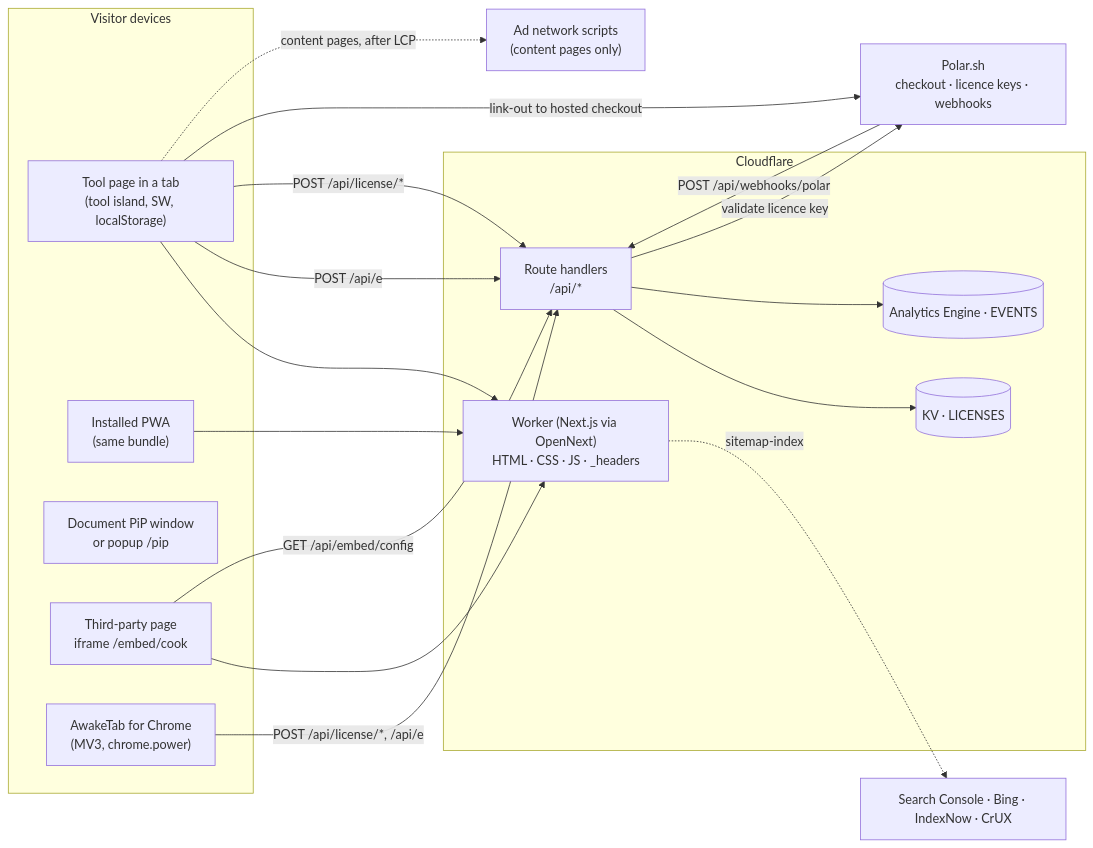
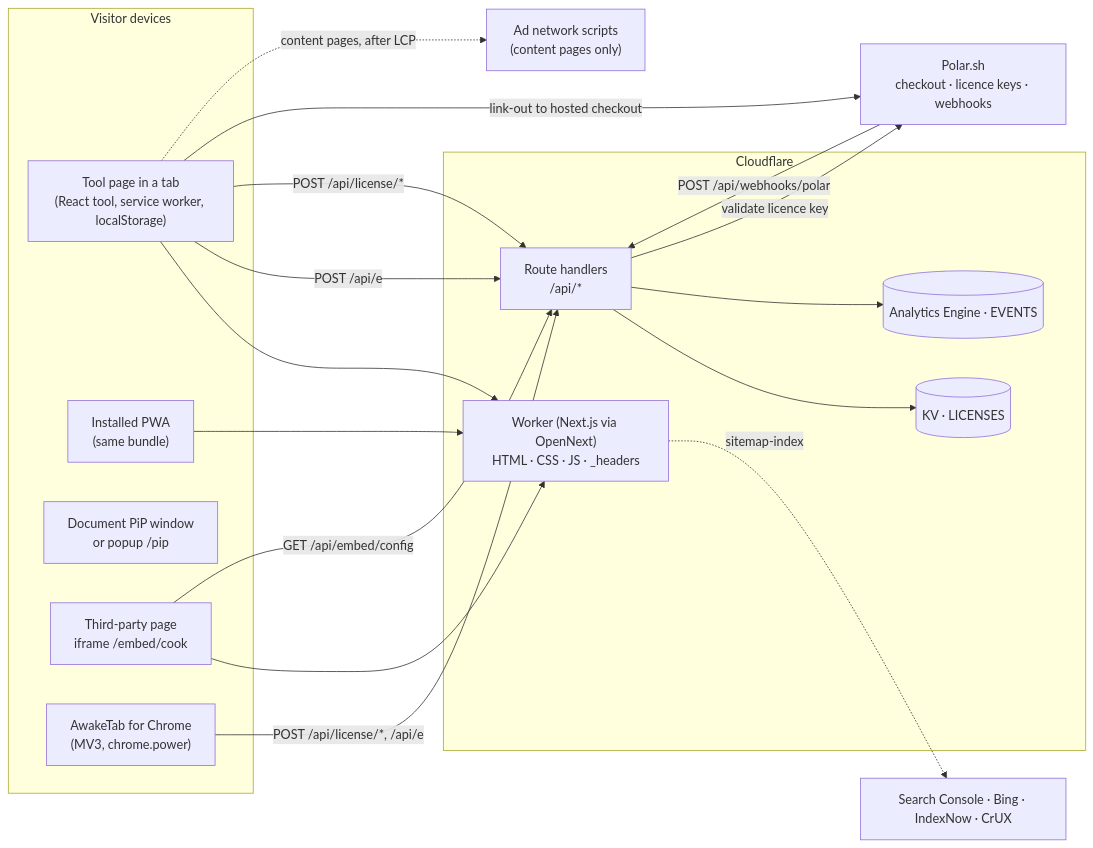
The first of 4 diagrams in docs/03-architecture.md (soubhik-biswas/awaketab), drawn with Mermaid before and after one commit. The commit also changed other lines of this file and 37 other files, not shown here.

````diff
--- a/docs/03-architecture.md
+++ b/docs/03-architecture.md
@@ -34,33 +33,33 @@
 ```mermaid
 flowchart LR
   subgraph Client["Visitor devices"]
-    Tab["Tool page in a tab<br/>(tool island, SW, localStorage)"]
+    Tab["Tool page in a tab<br/>(React tool, service worker, localStorage)"]
     PWA["Installed PWA<br/>(same bundle)"]
     PiP["Document PiP window<br/>or popup /pip"]
     Emb["Third-party page<br/>iframe /embed/cook"]
     Ext["AwakeTab for Chrome<br/>(MV3, chrome.power)"]
   end
   subgraph CF["Cloudflare"]
     Pages["Worker (Next.js via OpenNext)<br/>HTML · CSS · JS · _headers"]
     Fn["Route handlers<br/>/api/*"]
     KV[("KV · LICENSES")]
     AE[("Analytics Engine · EVENTS")]
   end
   Polar["Polar.sh<br/>checkout · licence keys · webhooks"]
   Ads["Ad network scripts<br/>(content pages only)"]
   GSC["Search Console · Bing · IndexNow · CrUX"]
   Tab --> Pages
   PWA --> Pages
   Emb --> Pages
   Tab -- "POST /api/e" --> Fn
   Tab -- "POST /api/license/*" --> Fn
   Ext -- "POST /api/license/*, /api/e" --> Fn
   Emb -- "GET /api/embed/config" --> Fn
   Fn --> KV
   Fn --> AE
   Fn -- "validate licence key" --> Polar
   Polar -- "POST /api/webhooks/polar" --> Fn
   Tab -- "link-out to hosted checkout" --> Polar
   Tab -. "content pages, after LCP" .-> Ads
   Pages -. "sitemap-index" .-> GSC
 ```
````
